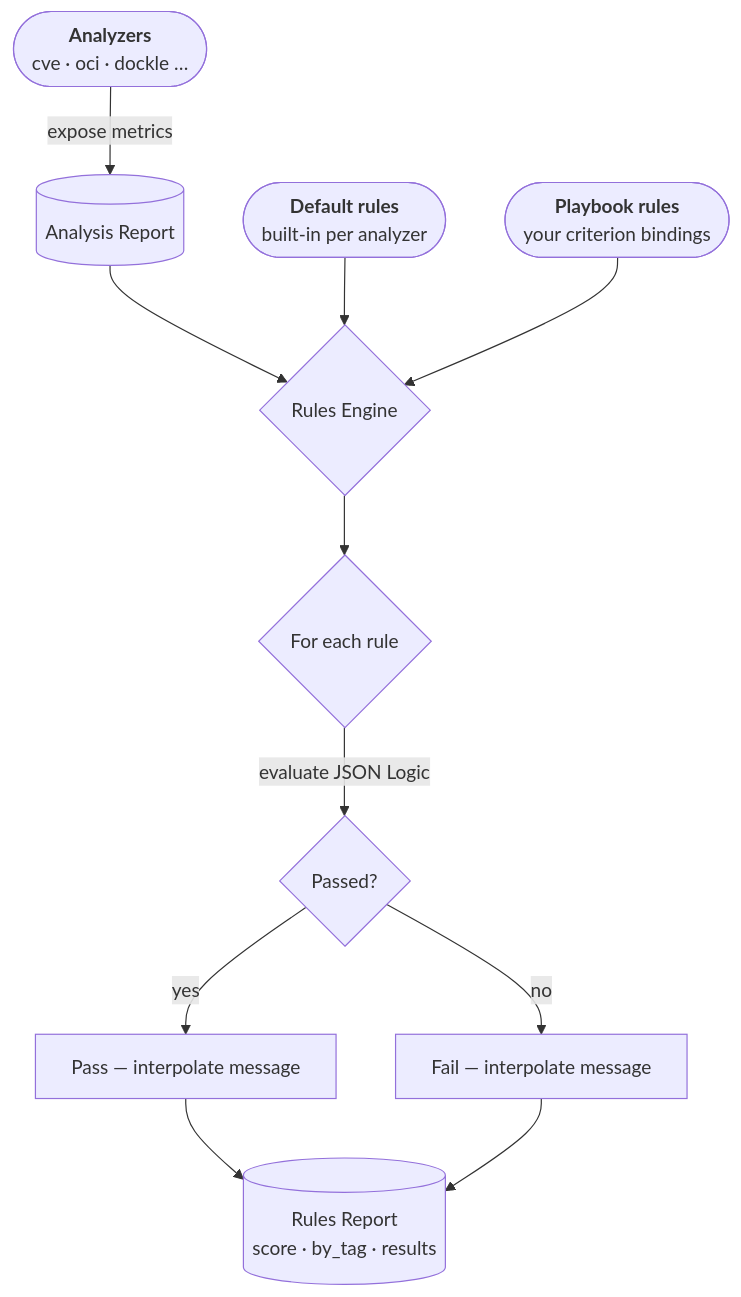
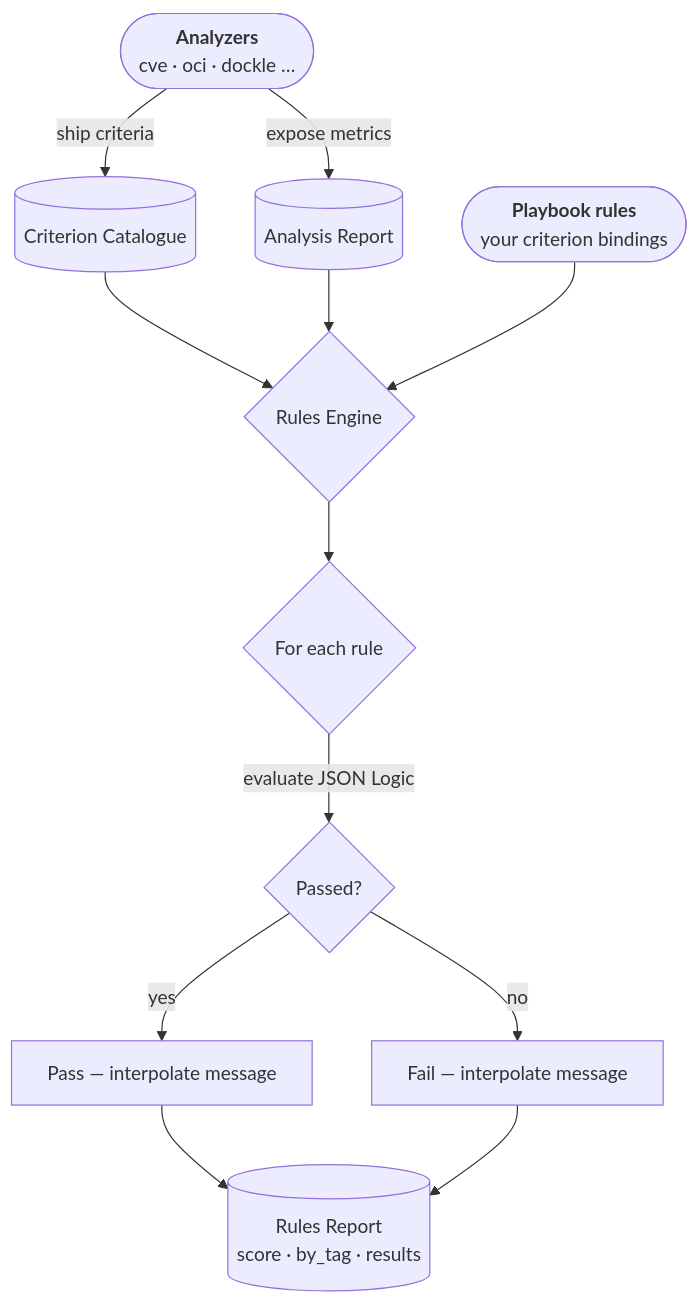
The second of 2 diagrams in docs/website/docs/concepts/rules.md (trivoallan/regis), drawn with Mermaid before and after one commit. The commit also changed other lines of this file and 13 other files, not shown here.

````diff
--- a/docs/website/docs/concepts/rules.md
+++ b/docs/website/docs/concepts/rules.md
@@ -83,15 +87,15 @@
 ```mermaid
 flowchart TD
     A(["`**Analyzers**
     cve · oci · dockle …`"]) -->|expose metrics| B[(Analysis Report)]
+    A -->|ship criteria| D[(Criterion Catalogue)]
+    D --> C{Rules Engine}
     B --> C{Rules Engine}
-    D(["`**Default rules**
-    built-in per analyzer`"]) --> C
     E(["`**Playbook rules**
     your criterion bindings`"]) --> C
     C --> F{For each rule}
     F -->|evaluate JSON Logic| G{Passed?}
     G -->|yes| H[Pass — interpolate message]
     G -->|no| I[Fail — interpolate message]
     H & I --> J[(Rules Report\nscore · by_tag · results)]
 ```
````
